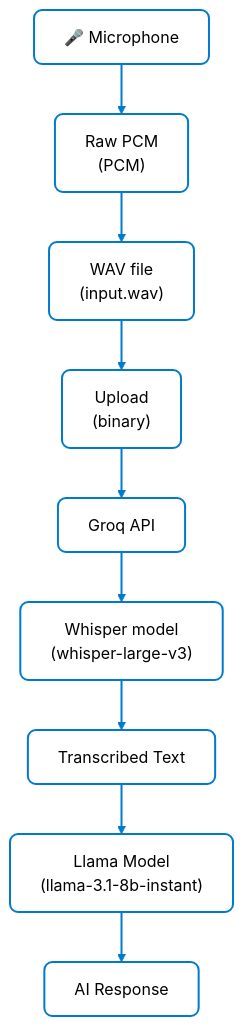
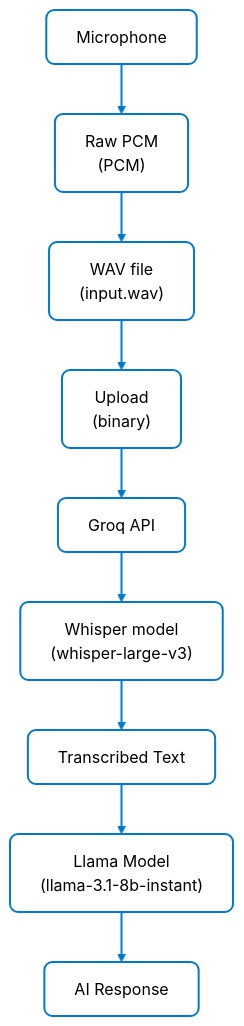
The diagram in README.md (Diluksha-Upeka/Voxis), drawn with Mermaid (forest theme) before and after one commit.

Commit message:
fix: correct formatting of flowchart nodes in README

````diff
--- a/README.md
+++ b/README.md
@@ -3,17 +3,18 @@
 ```mermaid
 flowchart TB
   %% — nodes
-  A["🎤 Microphone"] --> B["Raw PCM\n(PCM)"]
-  B --> C["WAV file\n(input.wav)"]
+  A["Microphone"] --> B["Raw PCM\n(PCM)"]
+  B --> C["WAV file
+  (input.wav)"]
   C --> D["Upload\n(binary)"]
   D --> E["Groq API"]
   E --> F["Whisper model\n(whisper-large-v3)"]
   F --> G["Transcribed Text"]
   G --> H["Llama Model\n(llama-3.1-8b-instant)"]
   H --> I["AI Response"]
 
   %% — styling
   classDef box fill:#ffffff,stroke:#007acc,stroke-width:2px,color:#000000,rx:8,ry:8;
   class A,B,C,D,E,F,G,H,I box;
   linkStyle default stroke:#007acc,stroke-width:2px;
 ```
````
